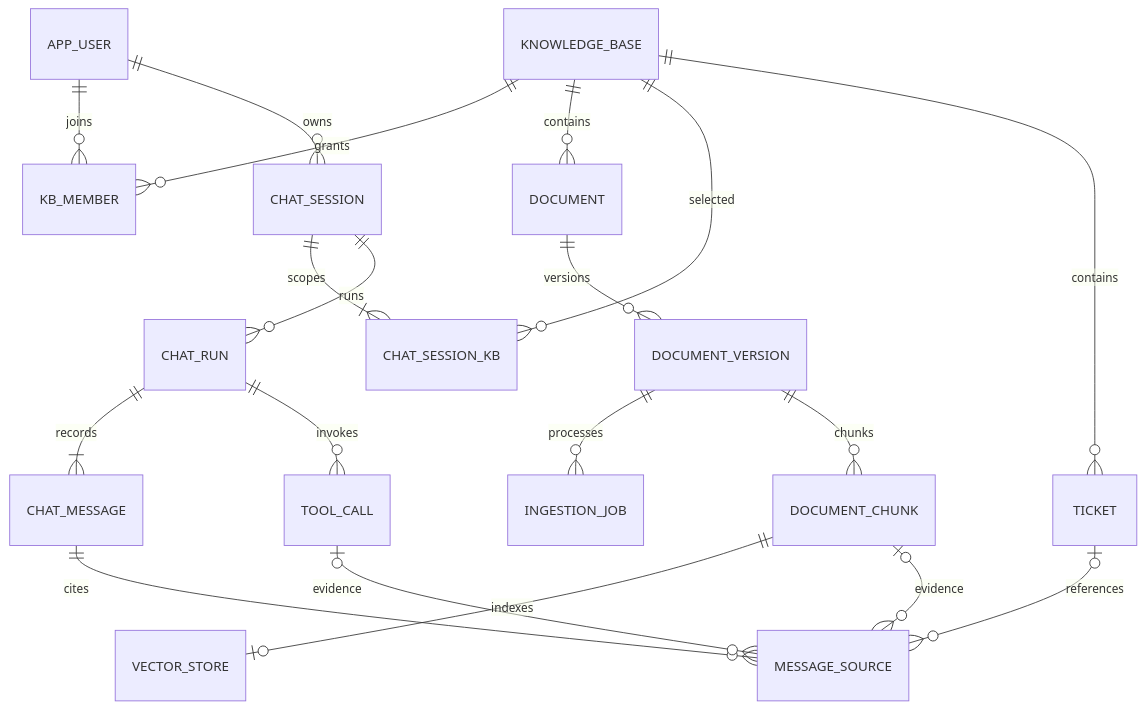
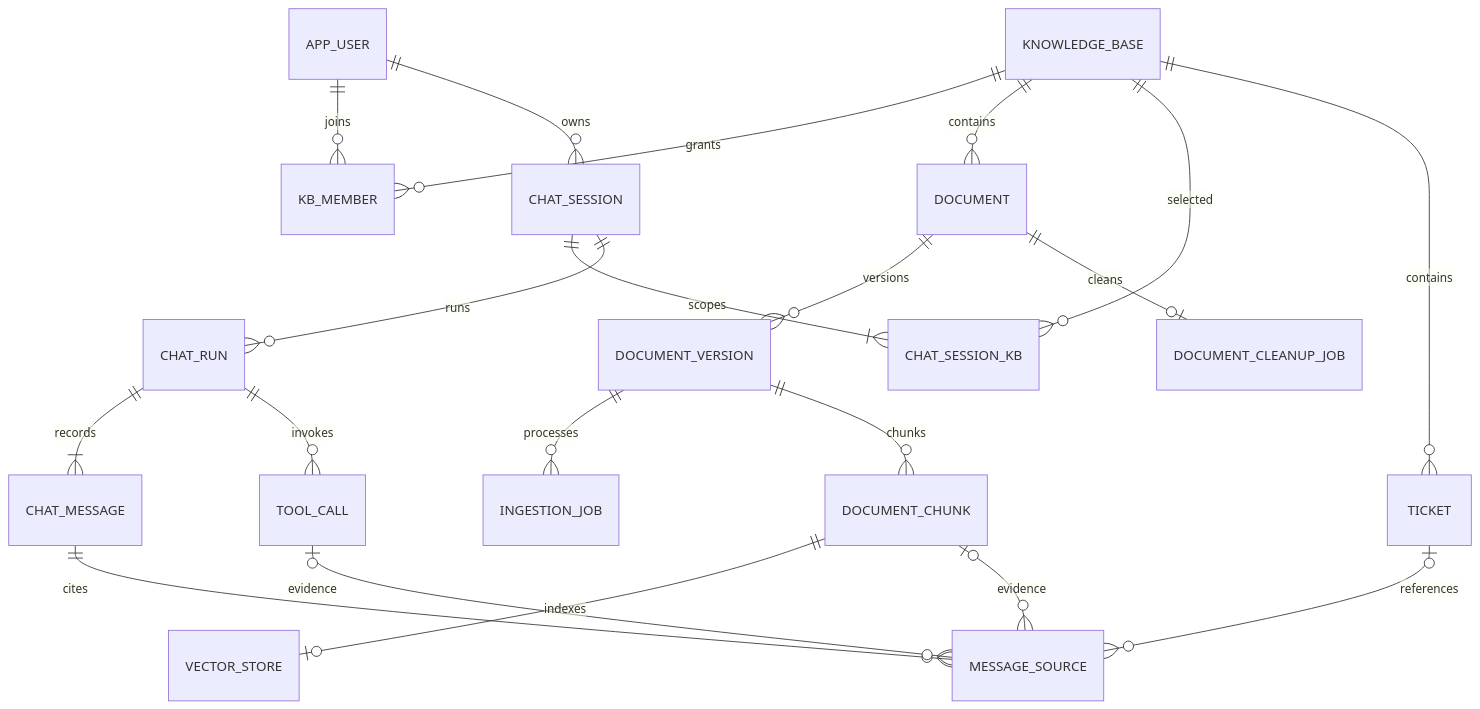
Before and after one commit to linhaha-ai/support-ai: the second of 2 diagrams in doc/技术设计大纲.md, drawn with Mermaid. The commit also changed other lines of this file and 69 other files, not shown here.

````diff
--- a/doc/技术设计大纲.md
+++ b/doc/技术设计大纲.md
@@ -261,21 +262,22 @@
 ```mermaid
 erDiagram
   APP_USER ||--o{ KB_MEMBER : joins
   KNOWLEDGE_BASE ||--o{ KB_MEMBER : grants
   KNOWLEDGE_BASE ||--o{ DOCUMENT : contains
   DOCUMENT ||--o{ DOCUMENT_VERSION : versions
   DOCUMENT_VERSION ||--o{ INGESTION_JOB : processes
   DOCUMENT_VERSION ||--o{ DOCUMENT_CHUNK : chunks
   DOCUMENT_CHUNK ||--o| VECTOR_STORE : indexes
+  DOCUMENT ||--o| DOCUMENT_CLEANUP_JOB : cleans
   APP_USER ||--o{ CHAT_SESSION : owns
   CHAT_SESSION ||--|{ CHAT_SESSION_KB : scopes
   KNOWLEDGE_BASE ||--o{ CHAT_SESSION_KB : selected
   CHAT_SESSION ||--o{ CHAT_RUN : runs
   CHAT_RUN ||--|{ CHAT_MESSAGE : records
   CHAT_MESSAGE ||--o{ MESSAGE_SOURCE : cites
   DOCUMENT_CHUNK o|--o{ MESSAGE_SOURCE : evidence
   KNOWLEDGE_BASE ||--o{ TICKET : contains
   CHAT_RUN ||--o{ TOOL_CALL : invokes
   TOOL_CALL o|--o{ MESSAGE_SOURCE : evidence
   TICKET o|--o{ MESSAGE_SOURCE : references
 ```
````
